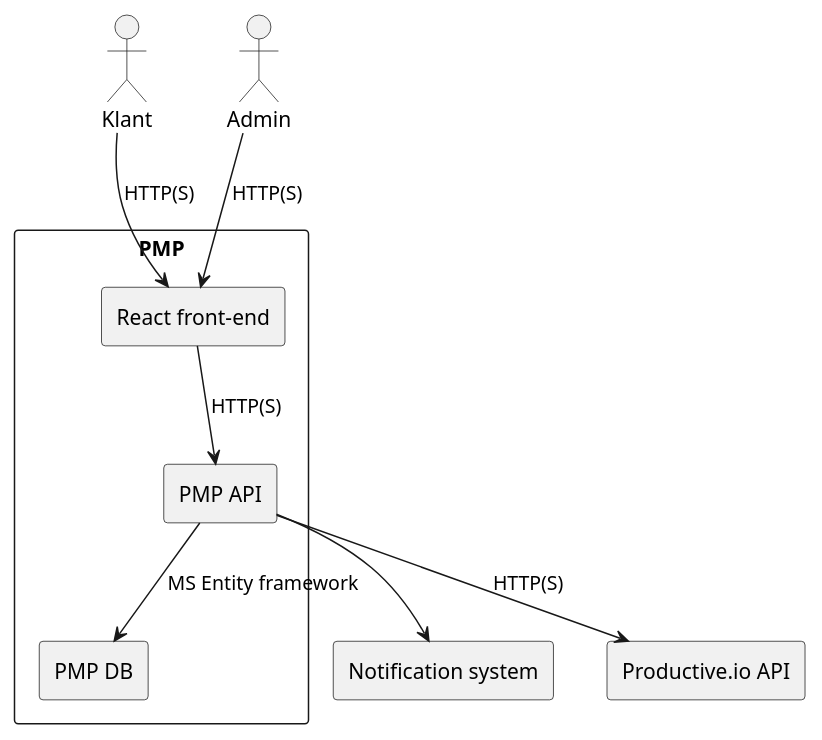
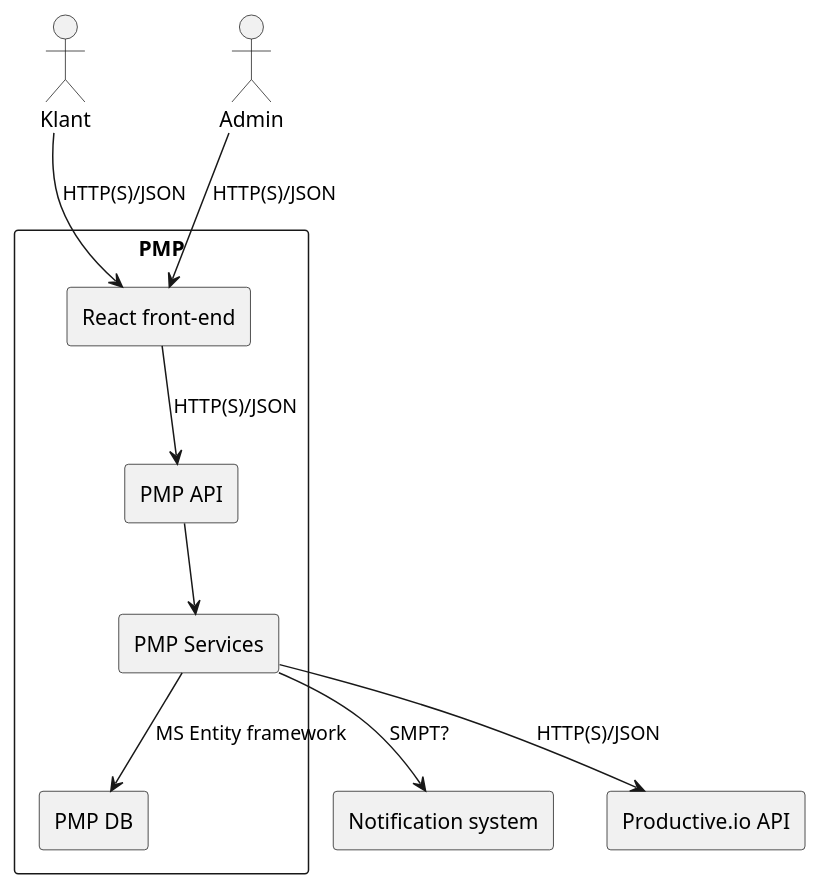
Before and after one commit to DCReceveur/pre-afstudeer-docs: the second of 6 diagrams in Documentatie/Software Architecture Document.md, drawn with PlantUML. The commit also changed other lines of this file, not shown here.

````diff
--- a/Documentatie/Software Architecture Document.md
+++ b/Documentatie/Software Architecture Document.md
@@ -46,22 +46,24 @@
 ```plantuml
 
 actor Klant
 actor Admin
 
 rectangle PMP{
 rectangle "React front-end" as PWA
 rectangle "PMP API" as API
 rectangle "PMP DB" as DB
+rectangle "PMP Services" as Service
 }
 
 rectangle "Notification system" as NS
 rectangle "Productive.io API" as PR_API
 
-Klant --> PWA : HTTP(S)
-Admin --> PWA : HTTP(S)
-PWA --> API : HTTP(S)
-API --> DB : MS Entity framework
-API --> PR_API : HTTP(S)
-API --> NS
+Klant --> PWA : HTTP(S)/JSON
+Admin --> PWA : HTTP(S)/JSON
+PWA --> API : HTTP(S)/JSON
+Service --> DB : MS Entity framework
+API-->Service
+Service --> PR_API : HTTP(S)/JSON
+Service --> NS : SMPT?
 
 ```
````
